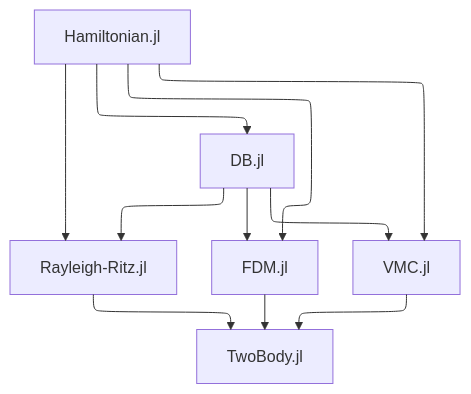
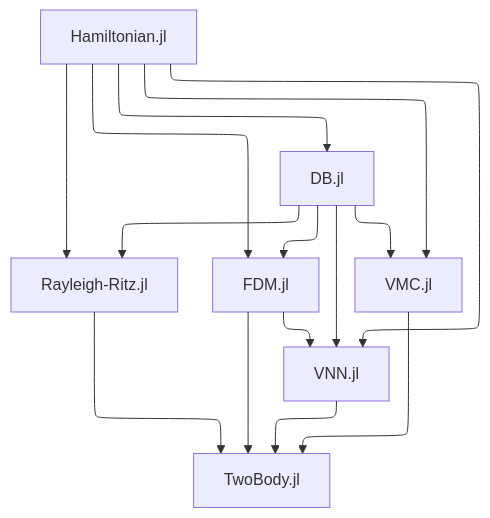
One commit to JuliaFewBody/TwoBody.jl changed the diagram in README.md. Above: the diagram before and after it, drawn with Mermaid. The commit also changed 10 other files, not shown here.

````diff
--- a/README.md
+++ b/README.md
@@ -11,18 +11,20 @@
 ```mermaid
 ---
 config:
   layout: elk
   theme: mc
 ---
 flowchart TD
   A["Hamiltonian.jl"]
   C["Rayleigh-Ritz.jl"]
   F["FDM.jl"]
+  N["VNN.jl"]
   G["VMC.jl"]
   H["DB.jl"]
   Z["TwoBody.jl"]
   A --> H
-  A --> C & F & G
-  H --> C & F & G
-  C & F & G --> Z
+  A --> C & F & N & G
+  H --> C & F & N & G
+  F --> N
+  C & F & N & G --> Z
 ```
````
